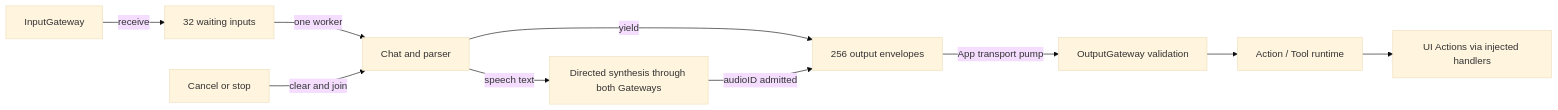
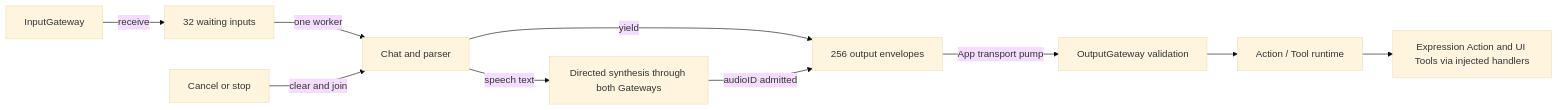
The second of 4 diagrams in MobileHarness/Agents/Assistant/README.md (devilyouwei/MobileHarness), drawn with Mermaid (base theme) before and after one commit. The commit also changed other lines of this file and 109 other files, not shown here.

````diff
--- a/MobileHarness/Agents/Assistant/README.md
+++ b/MobileHarness/Agents/Assistant/README.md
@@ -55,12 +55,12 @@
 ```mermaid
 flowchart LR
     InputGateway -->|receive| Inbox[32 waiting inputs]
     Inbox -->|one worker| Chat[Chat and parser]
     Chat -->|yield| Out[256 output envelopes]
     Chat -->|speech text| Synth[Directed synthesis through both Gateways]
     Synth -->|audioID admitted| Out
     Out -->|App transport pump| Gateway[OutputGateway validation]
     Gateway --> Runtime[Action / Tool runtime]
-    Runtime --> UI[UI Actions via injected handlers]
+    Runtime --> UI[Expression Action and UI Tools via injected handlers]
     Cancel[Cancel or stop] -->|clear and join| Chat
 ```
````
